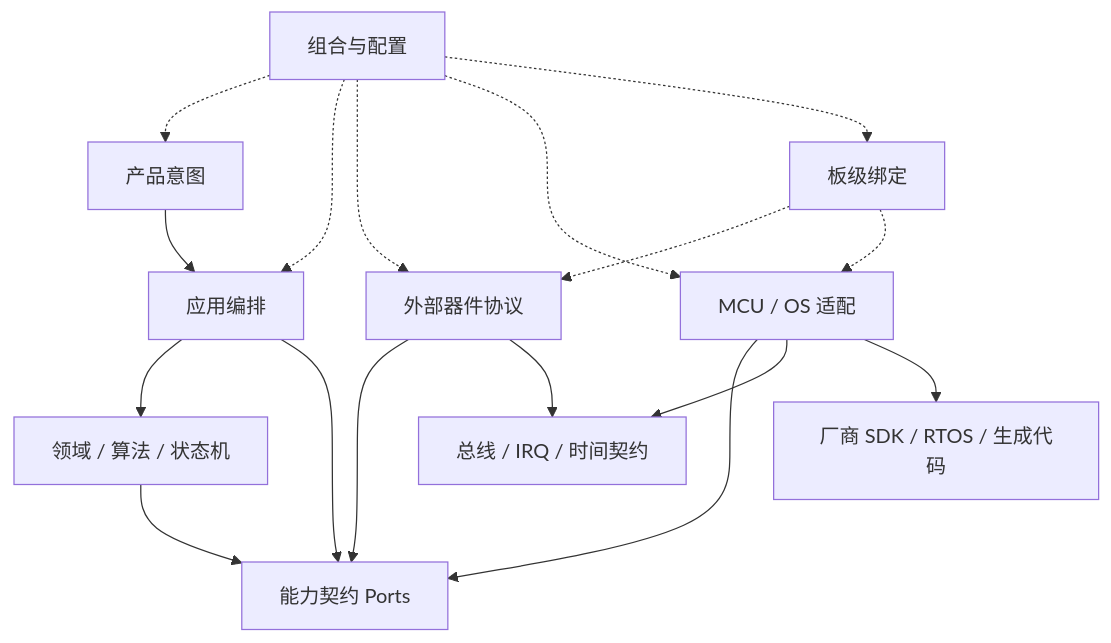
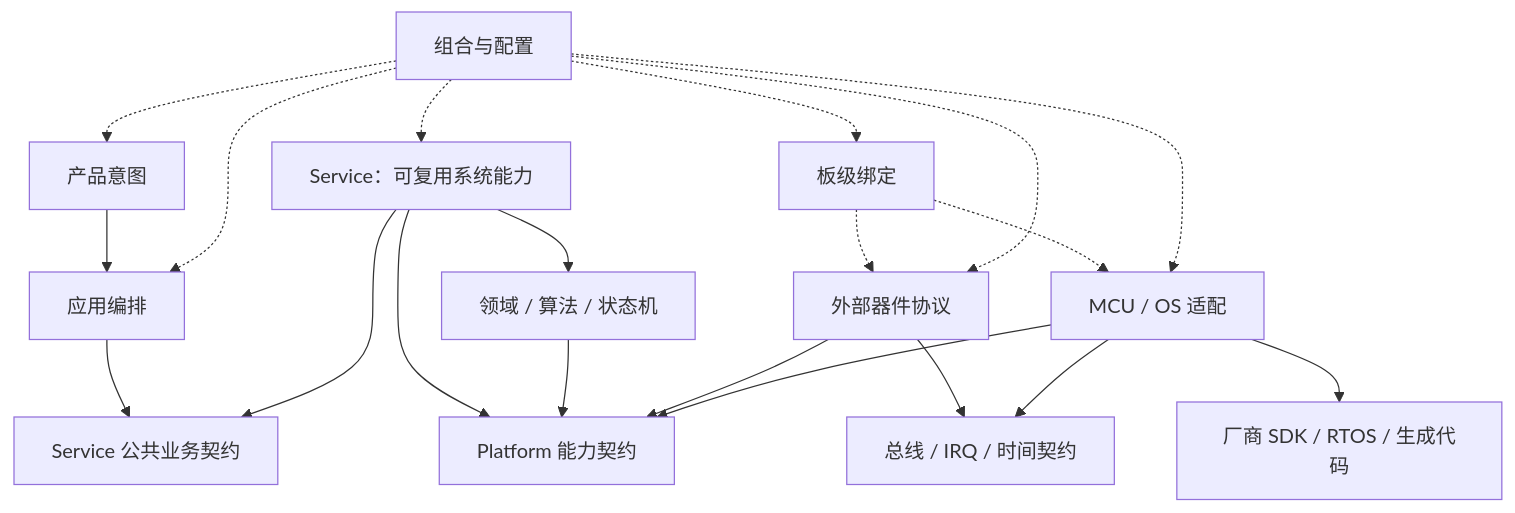
Before and after one commit to HU-JIAXUAN/Codex-Skills: the diagram in embedded/architecture/references/reference_architecture_zh.md, drawn with Mermaid. The commit also changed other lines of this file and 29 other files, not shown here.

Commit message:
feat(architecture): add focused object and data design skills

````diff
--- a/embedded/architecture/references/reference_architecture_zh.md
+++ b/embedded/architecture/references/reference_architecture_zh.md
@@ -7,19 +24,22 @@
 ```mermaid
 flowchart TB
     INTENT["产品意图"] --> APP["应用编排"]
-    APP --> DOMAIN["领域 / 算法 / 状态机"]
-    APP --> PORTS["能力契约 Ports"]
+    APP --> API["Service 公共业务契约"]
+    SERVICE["Service：可复用系统能力"] --> API
+    SERVICE --> DOMAIN["领域 / 算法 / 状态机"]
+    SERVICE --> PORTS["Platform 能力契约"]
     DOMAIN --> PORTS
     DEVICE["外部器件协议"] --> PORTS
     ENV["MCU / OS 适配"] --> PORTS
     DEVICE --> TRANSPORT["总线 / IRQ / 时间契约"]
     ENV --> TRANSPORT
     ENV --> EXT["厂商 SDK / RTOS / 生成代码"]
     BOARD["板级绑定"] -.-> DEVICE
     BOARD -.-> ENV
     COMPOSE["组合与配置"] -.-> INTENT
     COMPOSE -.-> APP
+    COMPOSE -.-> SERVICE
     COMPOSE -.-> DEVICE
     COMPOSE -.-> ENV
     COMPOSE -.-> BOARD
 ```
````
